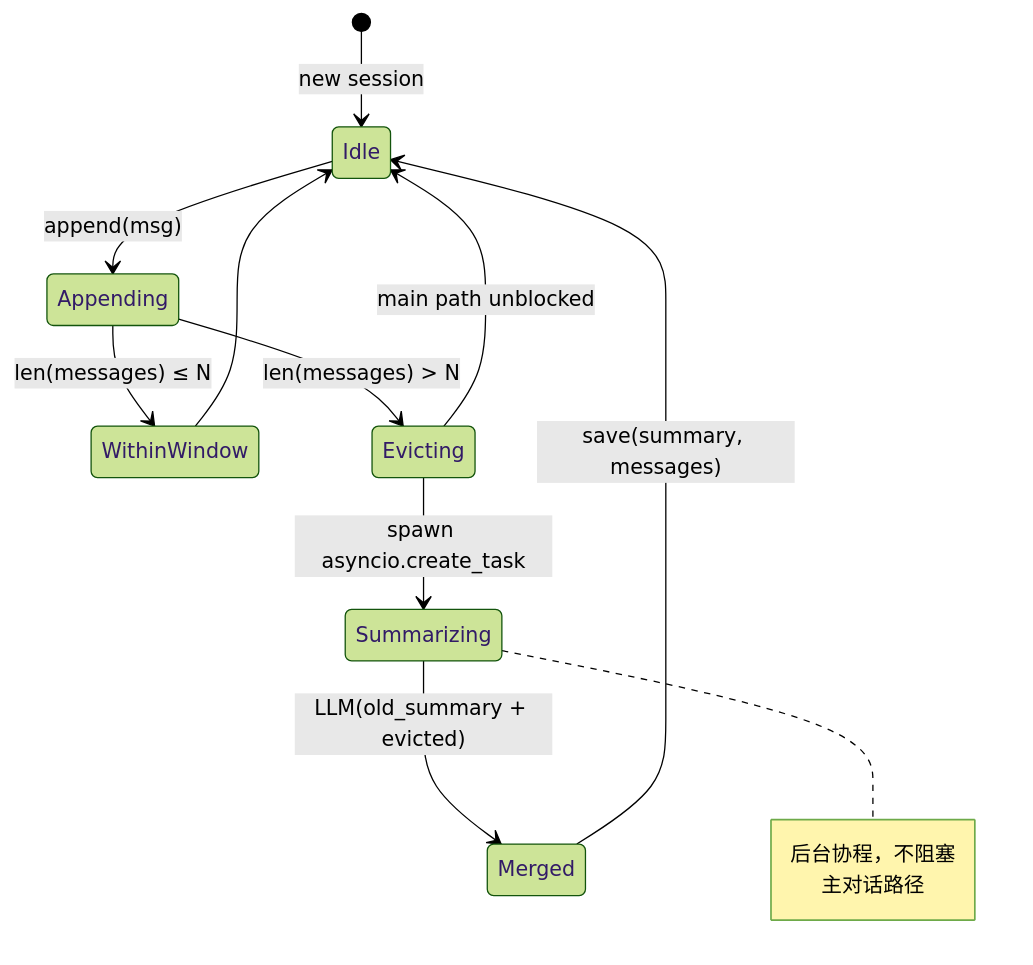
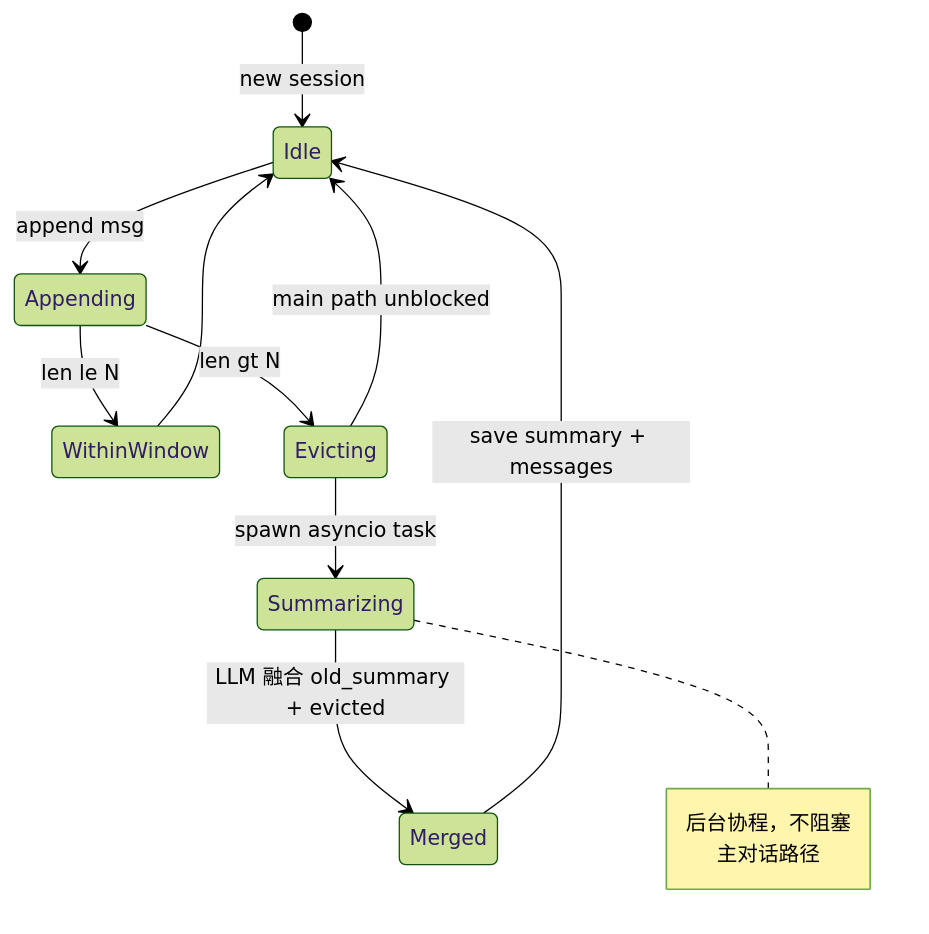
The third of 11 diagrams in SYSTEM_DESIGN.md (AlisLi/AIOps-Agent), drawn with Mermaid (forest theme) before and after one commit. The commit also changed other lines of this file, not shown here.

````diff
--- a/SYSTEM_DESIGN.md
+++ b/SYSTEM_DESIGN.md
@@ -229,16 +229,16 @@
 ```mermaid
 stateDiagram-v2
     [*] --> Idle: new session
-    Idle --> Appending: append(msg)
-    Appending --> WithinWindow: len(messages) ≤ N
-    Appending --> Evicting: len(messages) > N
+    Idle --> Appending: append msg
+    Appending --> WithinWindow: len le N
+    Appending --> Evicting: len gt N
     WithinWindow --> Idle
-    Evicting --> Summarizing: spawn asyncio.create_task
-    Summarizing --> Merged: LLM(old_summary + evicted)
-    Merged --> Idle: save(summary, messages)
+    Evicting --> Summarizing: spawn asyncio task
+    Summarizing --> Merged: LLM 融合 old_summary + evicted
+    Merged --> Idle: save summary + messages
     Evicting --> Idle: main path unblocked
     note right of Summarizing
       后台协程，不阻塞
       主对话路径
     end note
 ```
````
